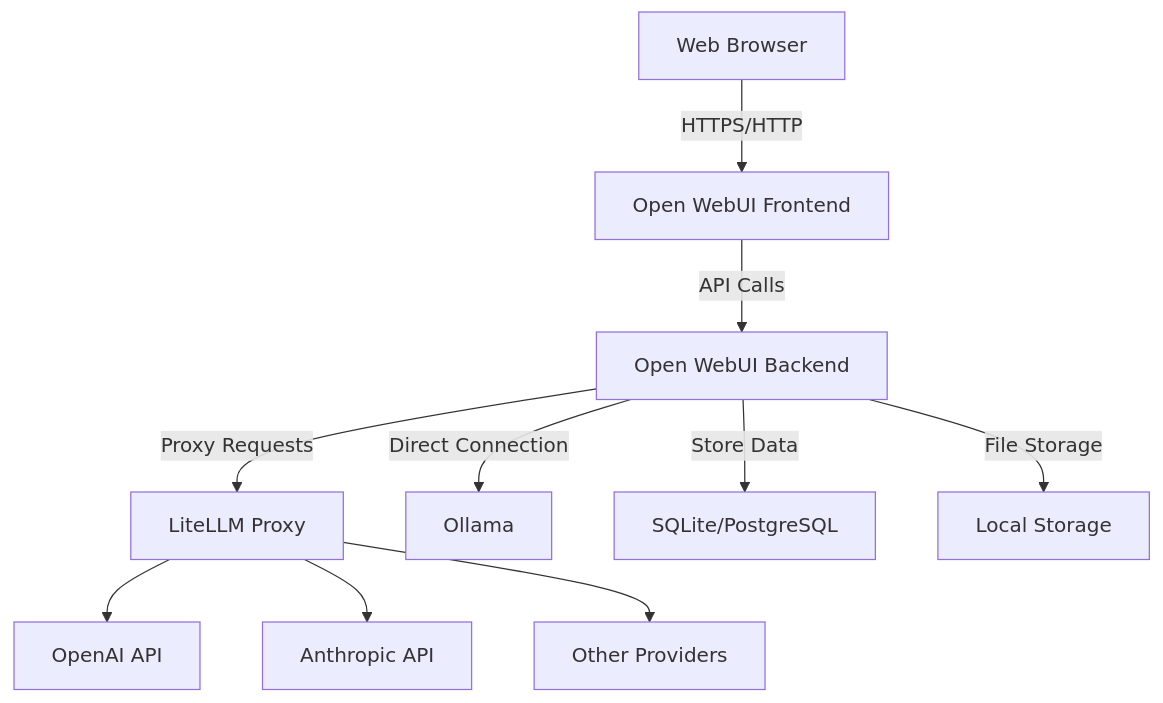
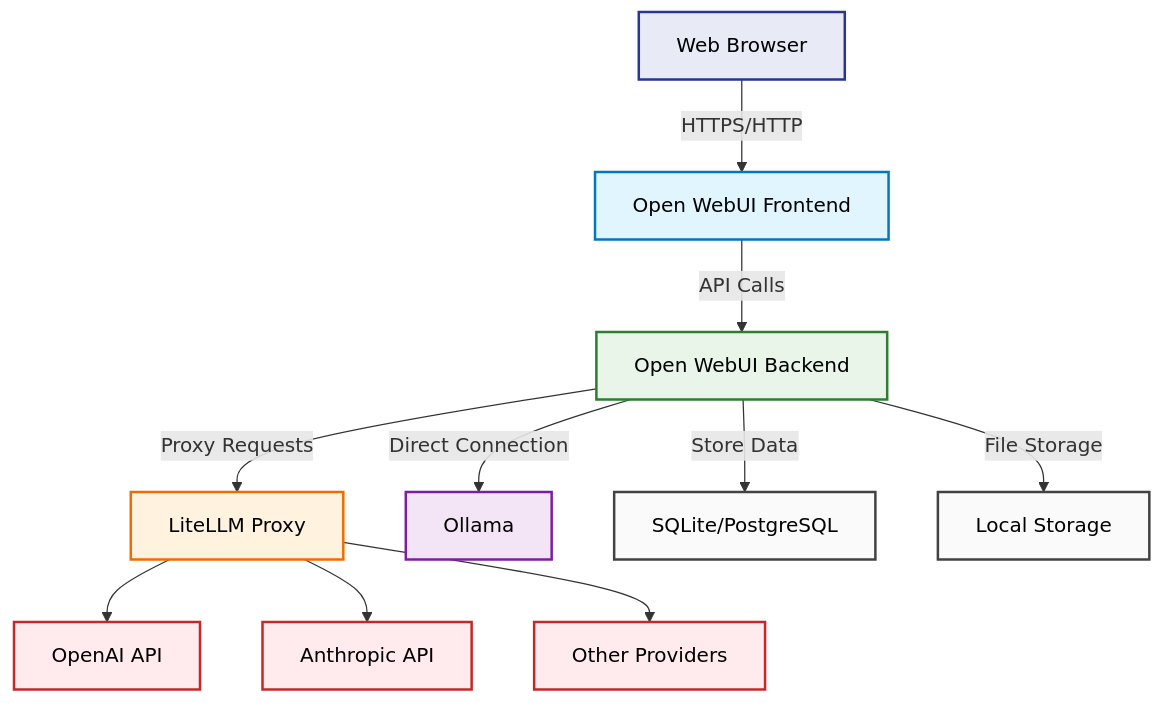
One commit to brunseba/ai-dev-local changed the diagram in docs/services/open-webui.md. Above: the diagram before and after it, drawn with Mermaid. The commit also changed 3 other files, not shown here.

First line of the commit message:
docs: add vibrant colors to service Mermaid diagrams for better visualization

````diff
--- a/docs/services/open-webui.md
+++ b/docs/services/open-webui.md
@@ -7,12 +7,29 @@
 ```mermaid
 graph TB
     A[Web Browser] -->|HTTPS/HTTP| B[Open WebUI Frontend]
     B -->|API Calls| C[Open WebUI Backend]
     C -->|Proxy Requests| D[LiteLLM Proxy]
     C -->|Direct Connection| E[Ollama]
     D --> F[OpenAI API]
     D --> G[Anthropic API]
     D --> H[Other Providers]
     C -->|Store Data| I[SQLite/PostgreSQL]
     C -->|File Storage| J[Local Storage]
+    
+    %% Styling
+    classDef browserClass fill:#e8eaf6,stroke:#283593,stroke-width:2px,color:#000
+    classDef frontendClass fill:#e1f5fe,stroke:#0277bd,stroke-width:2px,color:#000
+    classDef backendClass fill:#e8f5e8,stroke:#2e7d32,stroke-width:2px,color:#000
+    classDef proxyClass fill:#fff3e0,stroke:#ef6c00,stroke-width:2px,color:#000
+    classDef localClass fill:#f3e5f5,stroke:#7b1fa2,stroke-width:2px,color:#000
+    classDef apiClass fill:#ffebee,stroke:#c62828,stroke-width:2px,color:#000
+    classDef storageClass fill:#fafafa,stroke:#424242,stroke-width:2px,color:#000
+    
+    class A browserClass
+    class B frontendClass
+    class C backendClass
+    class D proxyClass
+    class E localClass
+    class F,G,H apiClass
+    class I,J storageClass
 ```
````
